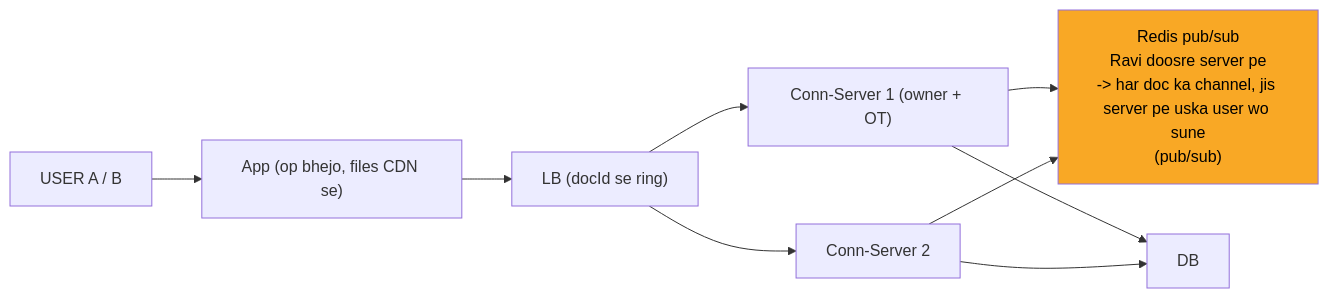
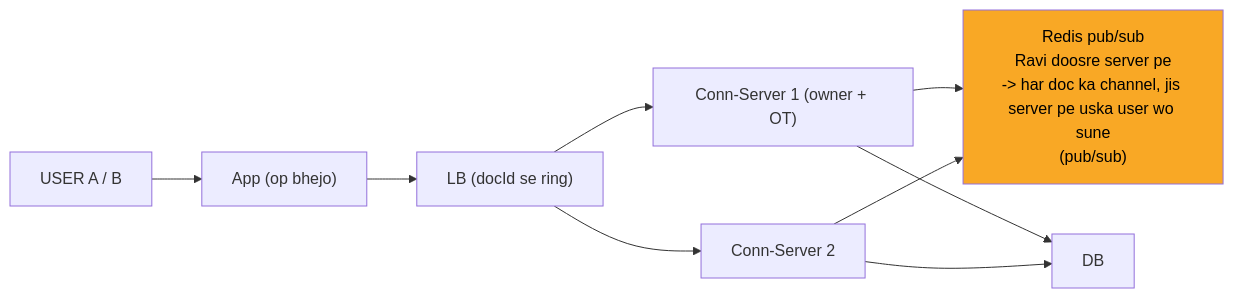
One commit to ArpanMaheshwari144/Prep changed the sixth of 10 diagrams in 04_HLD/SYSTEM_DESIGNS/11_google_docs_collab/11_google_docs_collab.md. Above: the diagram before and after it, drawn with Mermaid. The commit also changed other lines of this file and 13 other files, not shown here.

````diff
--- a/04_HLD/SYSTEM_DESIGNS/11_google_docs_collab/11_google_docs_collab.md
+++ b/04_HLD/SYSTEM_DESIGNS/11_google_docs_collab/11_google_docs_collab.md
@@ -210,19 +210,19 @@
 ```mermaid
 flowchart LR
     n_USER["USER A / B"]
-    n_App["App (op bhejo, files CDN se)"]
+    n_App["App (op bhejo)"]
     n_LB["LB (docId se ring)"]
     n_CS1["Conn-Server 1 (owner + OT)"]
     n_CS2["Conn-Server 2"]
     n_PS["Redis pub/sub<br/>Ravi doosre server pe<br/>-> har doc ka channel, jis server pe uska user wo sune<br/>(pub/sub)"]
     n_DB["DB"]
     n_USER --> n_App
     n_App --> n_LB
     n_LB --> n_CS1
     n_LB --> n_CS2
     n_CS1 --> n_PS
     n_CS2 --> n_PS
     n_CS1 --> n_DB
     n_CS2 --> n_DB
     style n_PS fill:#f9a825,color:#000
 ```
````
